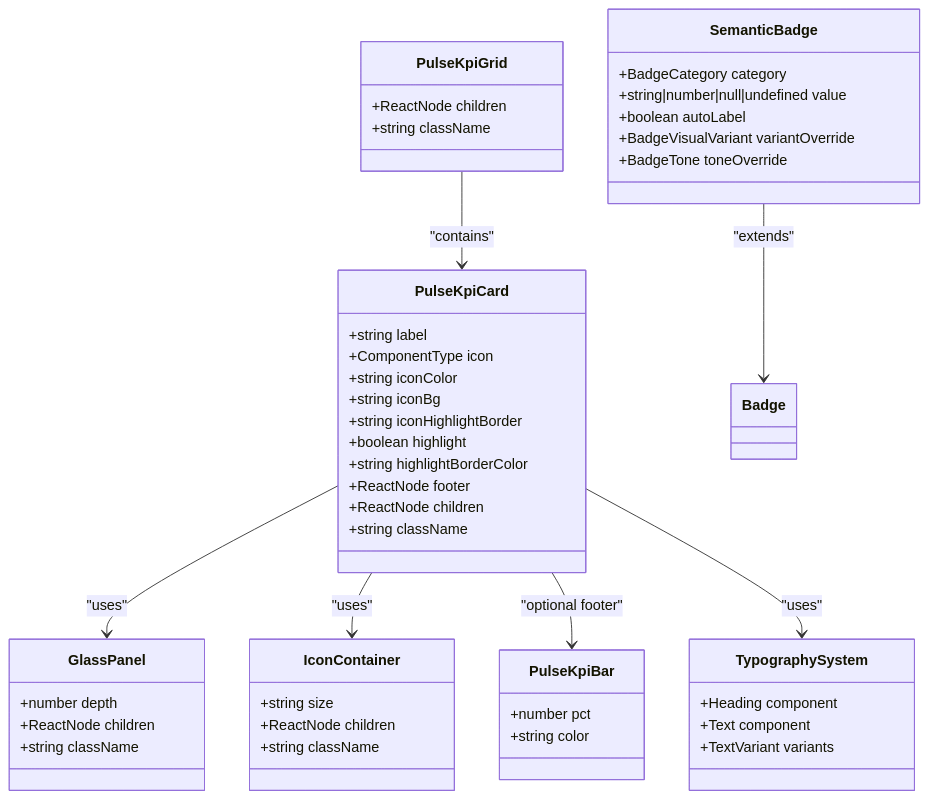
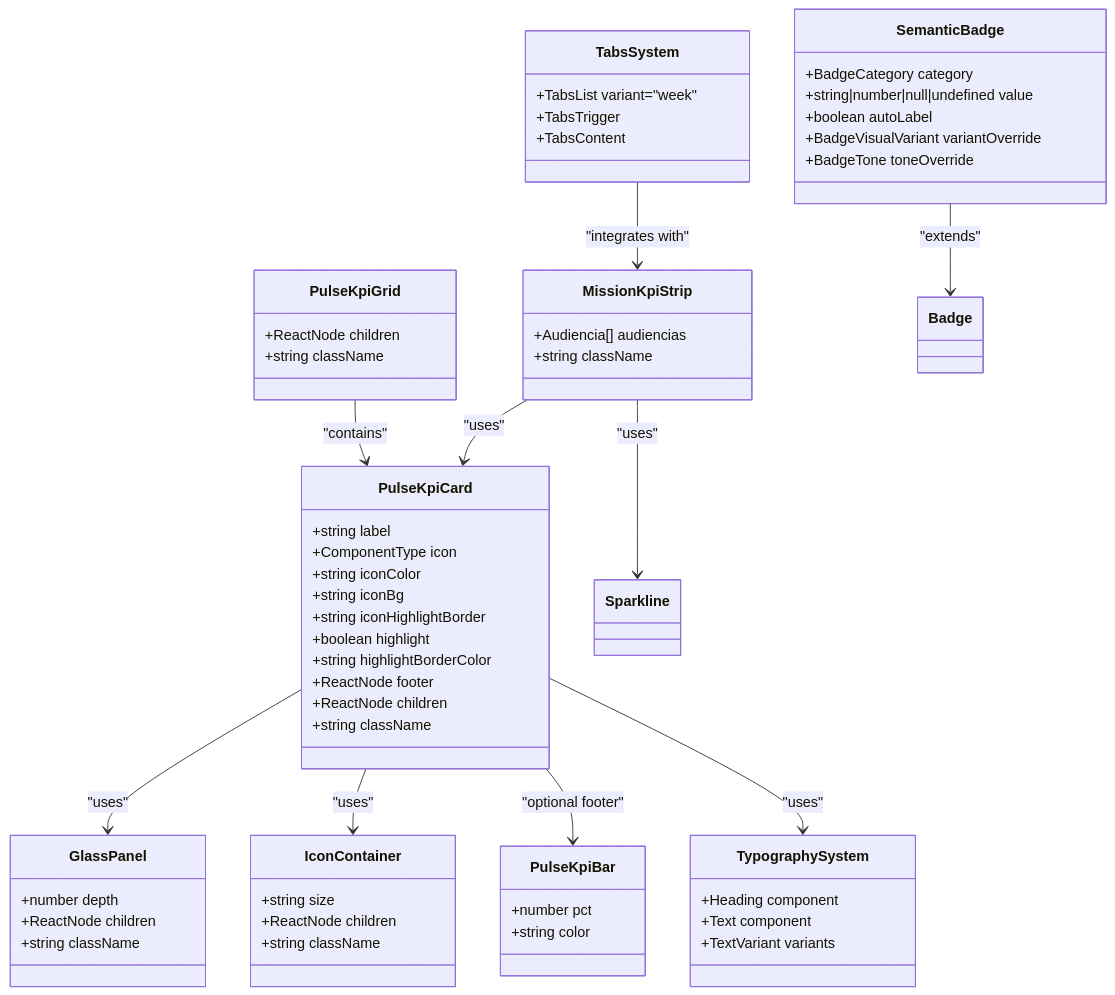
One commit to SinesysTech/zattar-os changed the second of 3 diagrams in .qoder/repowiki/en/content/Design System/PulseKpiCard Component System.md. Above: the diagram before and after it, drawn with Mermaid. The commit also changed other lines of this file and 43 other files, not shown here.

````diff
--- a/.qoder/repowiki/en/content/Design System/PulseKpiCard Component System.md
+++ b/.qoder/repowiki/en/content/Design System/PulseKpiCard Component System.md
@@ -167,51 +195,63 @@
 ```mermaid
 classDiagram
 class PulseKpiCard {
 +string label
 +ComponentType icon
 +string iconColor
 +string iconBg
 +string iconHighlightBorder
 +boolean highlight
 +string highlightBorderColor
 +ReactNode footer
 +ReactNode children
 +string className
 }
 class PulseKpiBar {
 +number pct
 +string color
 }
 class PulseKpiGrid {
 +ReactNode children
 +string className
 }
 class GlassPanel {
 +number depth
 +ReactNode children
 +string className
 }
 class IconContainer {
 +string size
 +ReactNode children
 +string className
 }
 class SemanticBadge {
 +BadgeCategory category
 +string|number|null|undefined value
 +boolean autoLabel
 +BadgeVisualVariant variantOverride
 +BadgeTone toneOverride
 }
 class TypographySystem {
 +Heading component
 +Text component
 +TextVariant variants
 }
+class MissionKpiStrip {
++Audiencia[] audiencias
++string className
+}
+class TabsSystem {
++TabsList variant="week"
++TabsTrigger
++TabsContent
+}
 PulseKpiCard --> GlassPanel : "uses"
 PulseKpiCard --> IconContainer : "uses"
 PulseKpiCard --> PulseKpiBar : "optional footer"
 PulseKpiCard --> TypographySystem : "uses"
 PulseKpiGrid --> PulseKpiCard : "contains"
 SemanticBadge --> Badge : "extends"
+MissionKpiStrip --> PulseKpiCard : "uses"
+MissionKpiStrip --> Sparkline : "uses"
+TabsSystem --> MissionKpiStrip : "integrates with"
 ```
````
